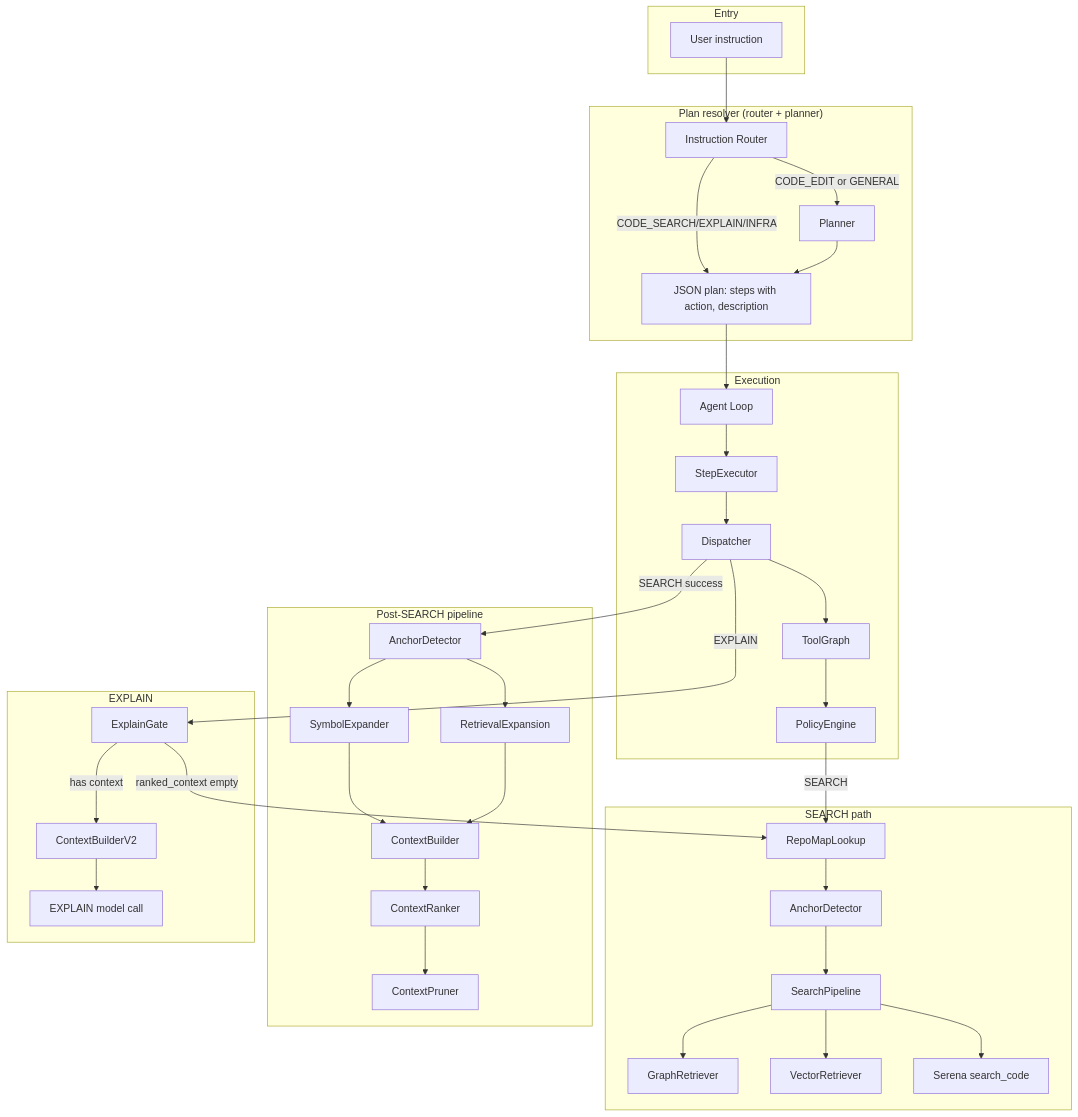
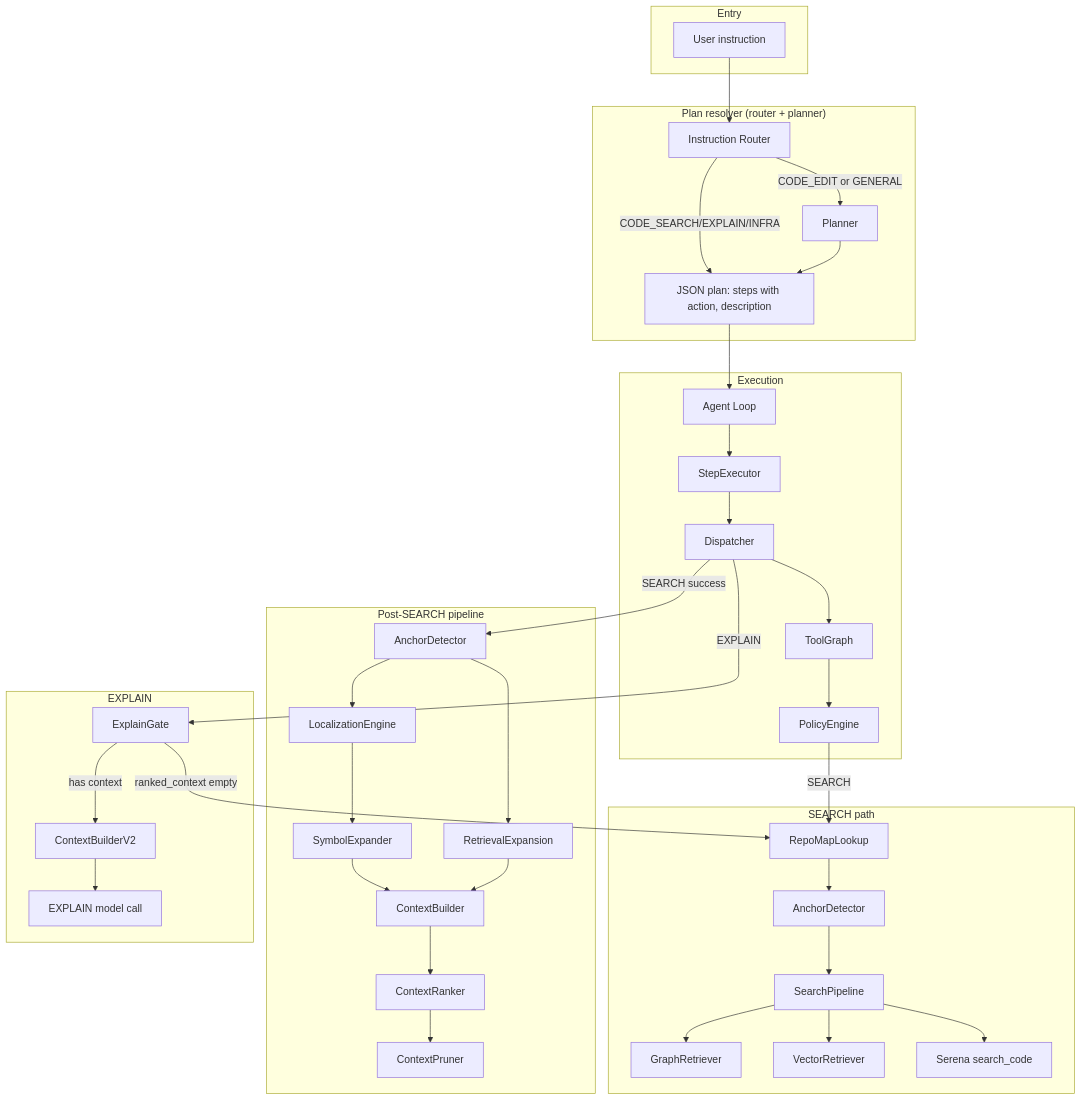
The diagram in README.md (Pugsy-Explores/AutoStudio), drawn with Mermaid before and after one commit. The commit also changed other lines of this file and 84 other files, not shown here.

First line of the commit message:
feat: Phase 10–12 roadmap — intelligence, workflow, roles, localization

````diff
--- a/README.md
+++ b/README.md
@@ -38,71 +38,73 @@
 ```mermaid
 flowchart TB
     subgraph Entry
         User[User instruction]
     end
 
     subgraph PlanResolver["Plan resolver (router + planner)"]
         InstructionRouter[Instruction Router]
         Planner[Planner]
         Plan[JSON plan: steps with action, description]
     end
 
     subgraph Execution
         Loop[Agent Loop]
         Exec[StepExecutor]
         Dispatch[Dispatcher]
         ToolGraph[ToolGraph]
         Policy[PolicyEngine]
     end
 
     subgraph SearchPath["SEARCH path"]
         RepoMapLookup[RepoMapLookup]
         AnchorDetector1[AnchorDetector]
         SearchPipeline[SearchPipeline]
         GraphRetriever[GraphRetriever]
         VectorRetriever[VectorRetriever]
         SerenaGrep[Serena search_code]
     end
 
     subgraph PostSearch["Post-SEARCH pipeline"]
         AnchorDetector2[AnchorDetector]
+        LocalizationEngine[LocalizationEngine]
         SymbolExpander[SymbolExpander]
         Expand[RetrievalExpansion]
         ContextBuilder[ContextBuilder]
         Ranker[ContextRanker]
         Pruner[ContextPruner]
     end
 
     subgraph ExplainPath["EXPLAIN"]
         ExplainGate[ExplainGate]
         ContextBuilderV2[ContextBuilderV2]
         Explain[EXPLAIN model call]
     end
 
     User --> InstructionRouter
     InstructionRouter -->|CODE_EDIT or GENERAL| Planner
     InstructionRouter -->|CODE_SEARCH/EXPLAIN/INFRA| Plan
     Planner --> Plan
     Plan --> Loop
     Loop --> Exec
     Exec --> Dispatch
     Dispatch --> ToolGraph
     ToolGraph --> Policy
     Policy -->|SEARCH| RepoMapLookup
     RepoMapLookup --> AnchorDetector1
     AnchorDetector1 --> SearchPipeline
     SearchPipeline --> GraphRetriever
     SearchPipeline --> VectorRetriever
     SearchPipeline --> SerenaGrep
     Dispatch -->|SEARCH success| AnchorDetector2
-    AnchorDetector2 --> SymbolExpander
+    AnchorDetector2 --> LocalizationEngine
+    LocalizationEngine --> SymbolExpander
     AnchorDetector2 --> Expand
     SymbolExpander --> ContextBuilder
     Expand --> ContextBuilder
     ContextBuilder --> Ranker
     Ranker --> Pruner
     Dispatch -->|EXPLAIN| ExplainGate
     ExplainGate -->|ranked_context empty| RepoMapLookup
     ExplainGate -->|has context| ContextBuilderV2
     ContextBuilderV2 --> Explain
 ```
````
